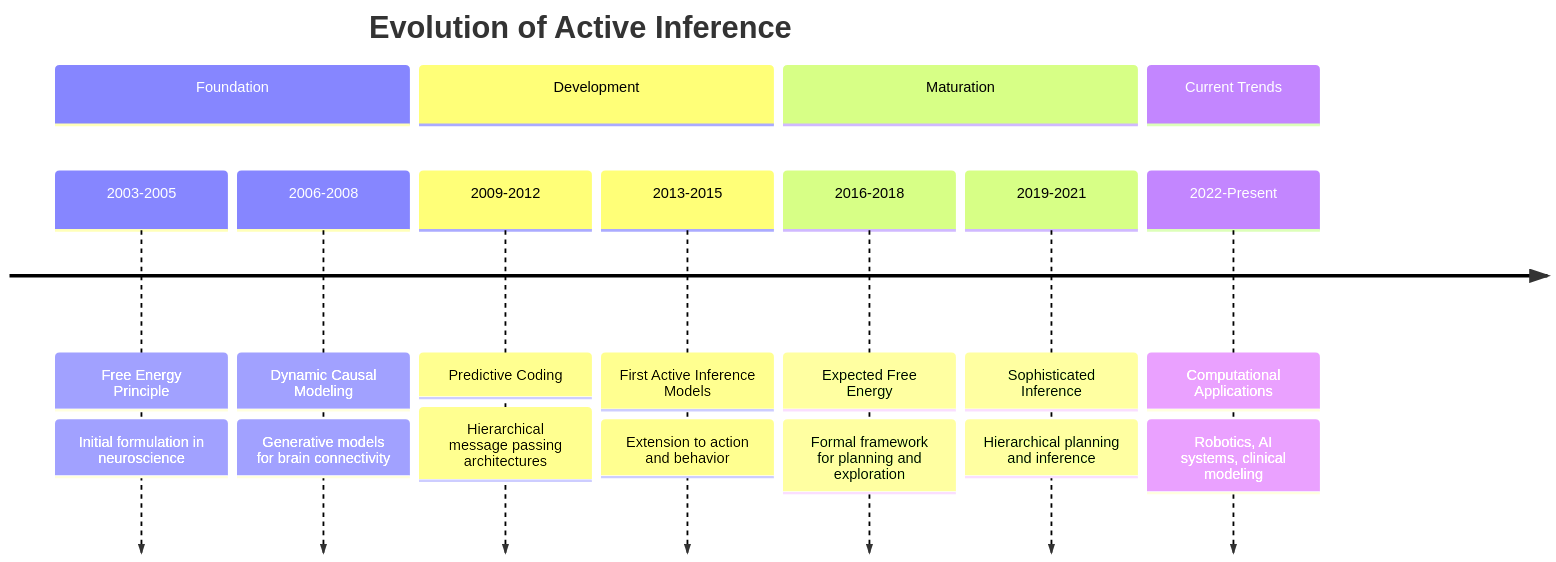
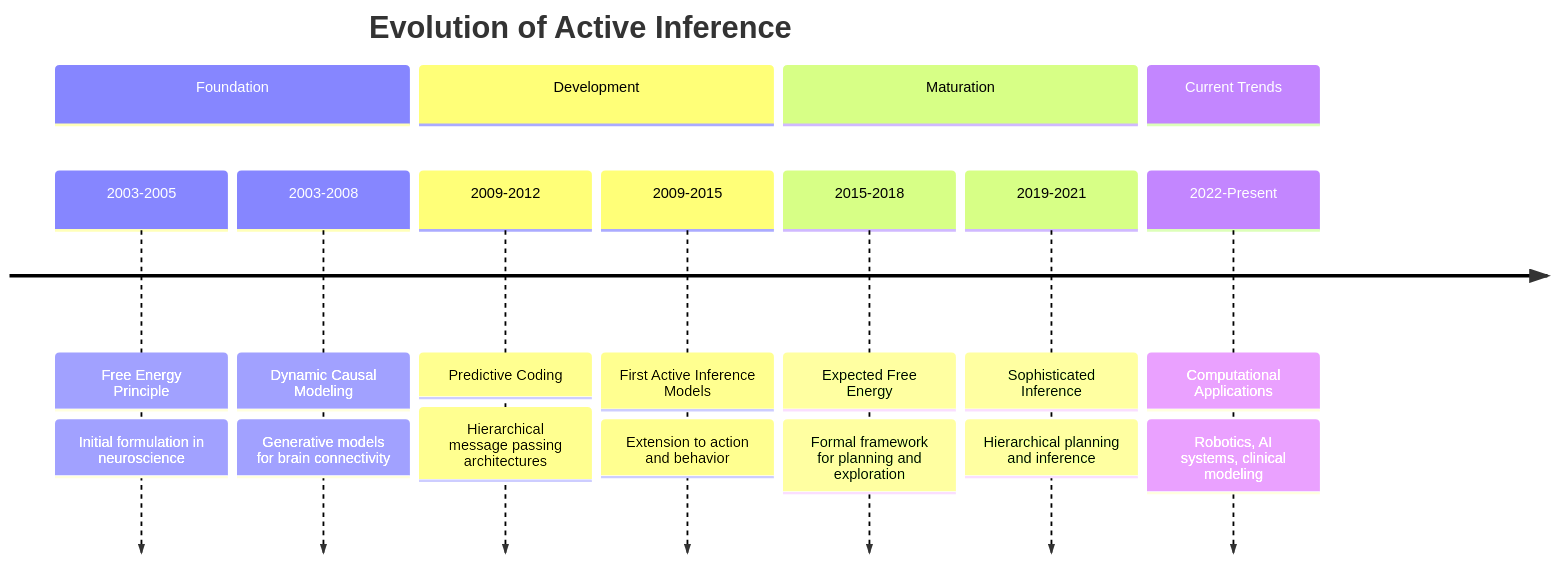
The second of 14 diagrams in knowledge_base/cognitive/active_inference.md (ActiveInferenceInstitute/cognitive), drawn with Mermaid before and after one commit. The commit also changed other lines of this file and 167 other files, not shown here.

````diff
--- a/knowledge_base/cognitive/active_inference.md
+++ b/knowledge_base/cognitive/active_inference.md
@@ -107,29 +107,29 @@
 ```mermaid
 
 timeline
 
     title Evolution of Active Inference
 
     section Foundation
 
         2003-2005 : Free Energy Principle : Initial formulation in neuroscience
 
-        2006-2008 : Dynamic Causal Modeling : Generative models for brain connectivity
+        2003-2008 : Dynamic Causal Modeling : Generative models for brain connectivity
 
     section Development
 
         2009-2012 : Predictive Coding : Hierarchical message passing architectures
 
-        2013-2015 : First Active Inference Models : Extension to action and behavior
+        2009-2015 : First Active Inference Models : Extension to action and behavior
 
     section Maturation
 
-        2016-2018 : Expected Free Energy : Formal framework for planning and exploration
+        2015-2018 : Expected Free Energy : Formal framework for planning and exploration
 
         2019-2021 : Sophisticated Inference : Hierarchical planning and inference
 
     section Current Trends
 
         2022-Present : Computational Applications : Robotics, AI systems, clinical modeling
 
 ```
````
